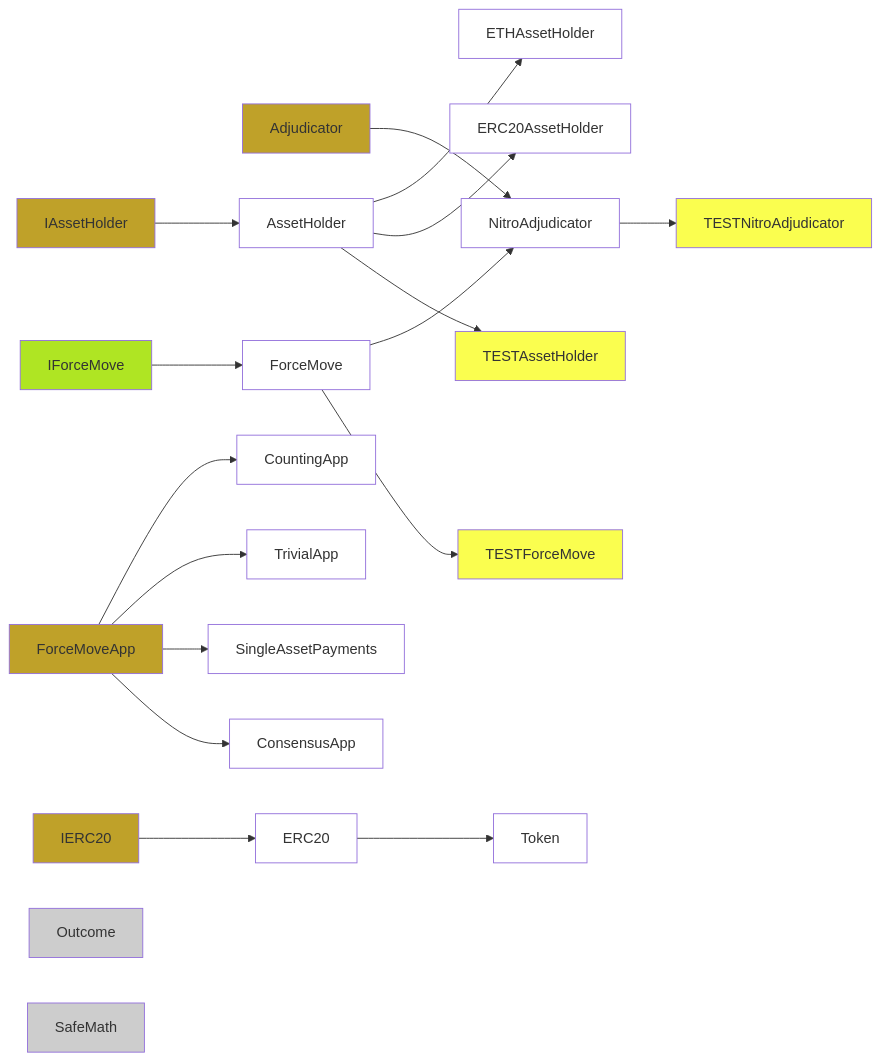
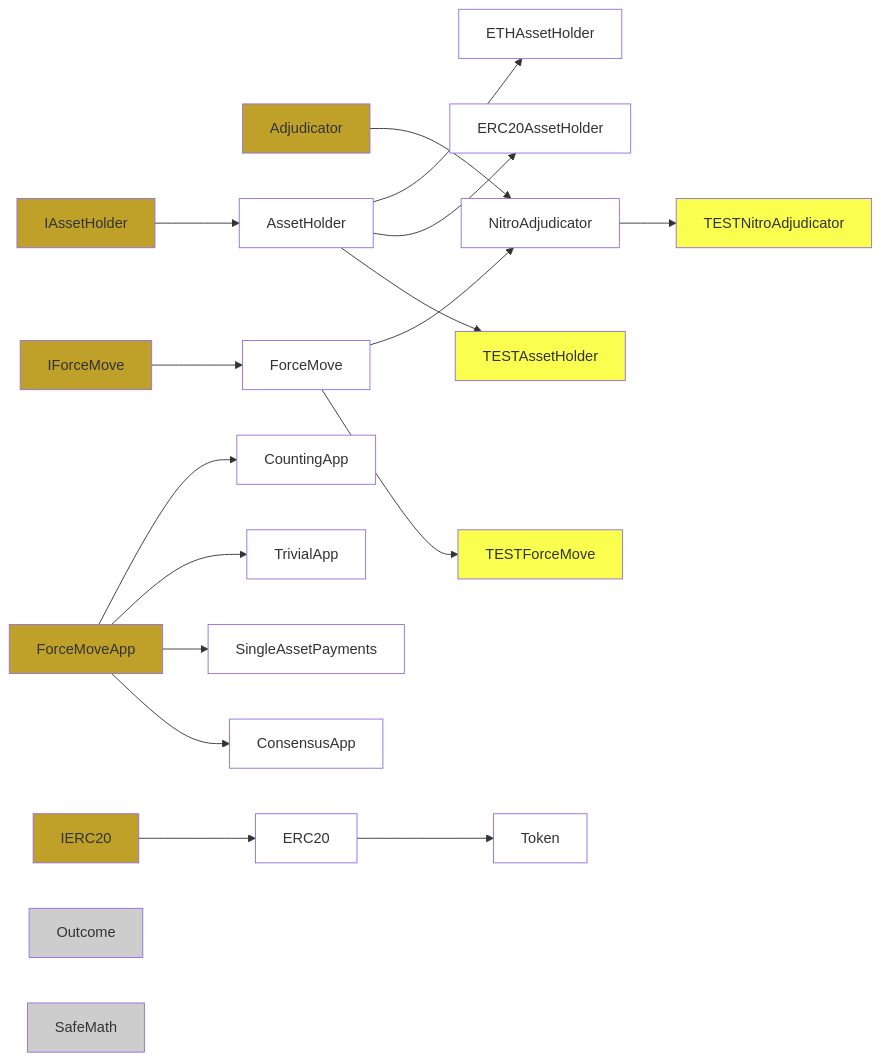
One commit to statechannels/statechannels changed the first of 2 diagrams in packages/nitro-protocol/contracts/inheritance-graph.md. Above: the diagram before and after it, drawn with Mermaid. The commit also changed other lines of this file, not shown here.

Commit message:
Update inheritance graph

````diff
--- a/packages/nitro-protocol/contracts/inheritance-graph.md
+++ b/packages/nitro-protocol/contracts/inheritance-graph.md
@@ -3,58 +3,57 @@
 ```mermaid
 graph LR
 linkStyle default interpolate basis
 
 Adjudicator
 AssetHolder
 ConsensusApp
 CountingApp
 ERC20
 ERC20AssetHolder
 ETHAssetHolder
 ForceMove
 ForceMoveApp
 IAssetHolder
 IERC20
 IForceMove
 NitroAdjudicator
 Outcome
 SafeMath
 SingleAssetPayments
 TESTAssetHolder
 TESTForceMove
 TESTNitroAdjudicator
 Token
 TrivialApp
 
 IForceMove--> ForceMove
 Adjudicator--> NitroAdjudicator
 ForceMove--> NitroAdjudicator
 IAssetHolder--> AssetHolder
 AssetHolder-->ETHAssetHolder
 AssetHolder-->ERC20AssetHolder
 
 ForceMove-->TESTForceMove
 NitroAdjudicator--> TESTNitroAdjudicator
 
 AssetHolder-->TESTAssetHolder
 
 ForceMoveApp-->CountingApp
 ForceMoveApp-->TrivialApp
 ForceMoveApp-->SingleAssetPayments
 ForceMoveApp-->ConsensusApp
 
 IERC20-->ERC20
 
 ERC20-->Token
 
 classDef Contract fill:#ffffff;
 classDef Abstract fill:#afe523;
 classDef Interface fill:#bfa129;
 classDef TestContract fill:#fafe4f;
 classDef Library fill:#bbbb;
 class Outcome,SafeMath Library;
-class IForceMove Abstract;
-class Adjudicator,IAssetHolder,ForceMoveApp,IERC20 Interface;
+class Adjudicator,IAssetHolder,ForceMoveApp,IERC20,IForceMove Interface;
 class NitroAdjudicator,ForceMove,AssetHolder,ETHAssetHolder,ERC20AssetHolder,SingleAssetPayments,TrivialApp,CountingApp,ERC20,Token,ConsensusApp Contract;
 class TESTForceMove,TESTNitroAdjudicator,TESTAssetHolder TestContract;
 ```
````
